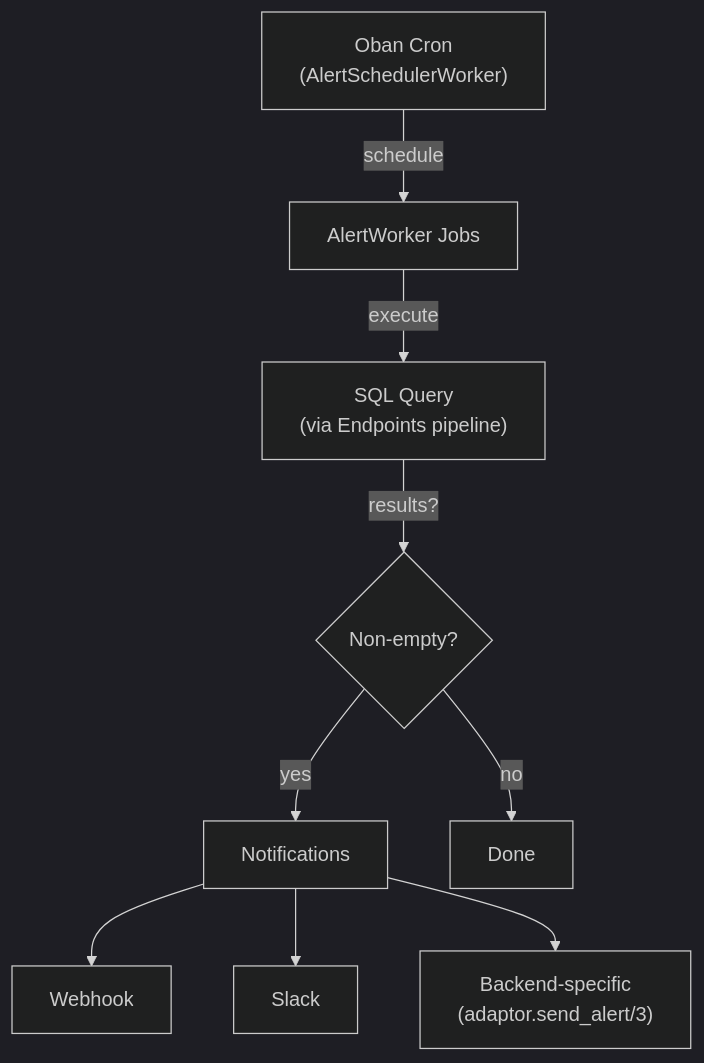
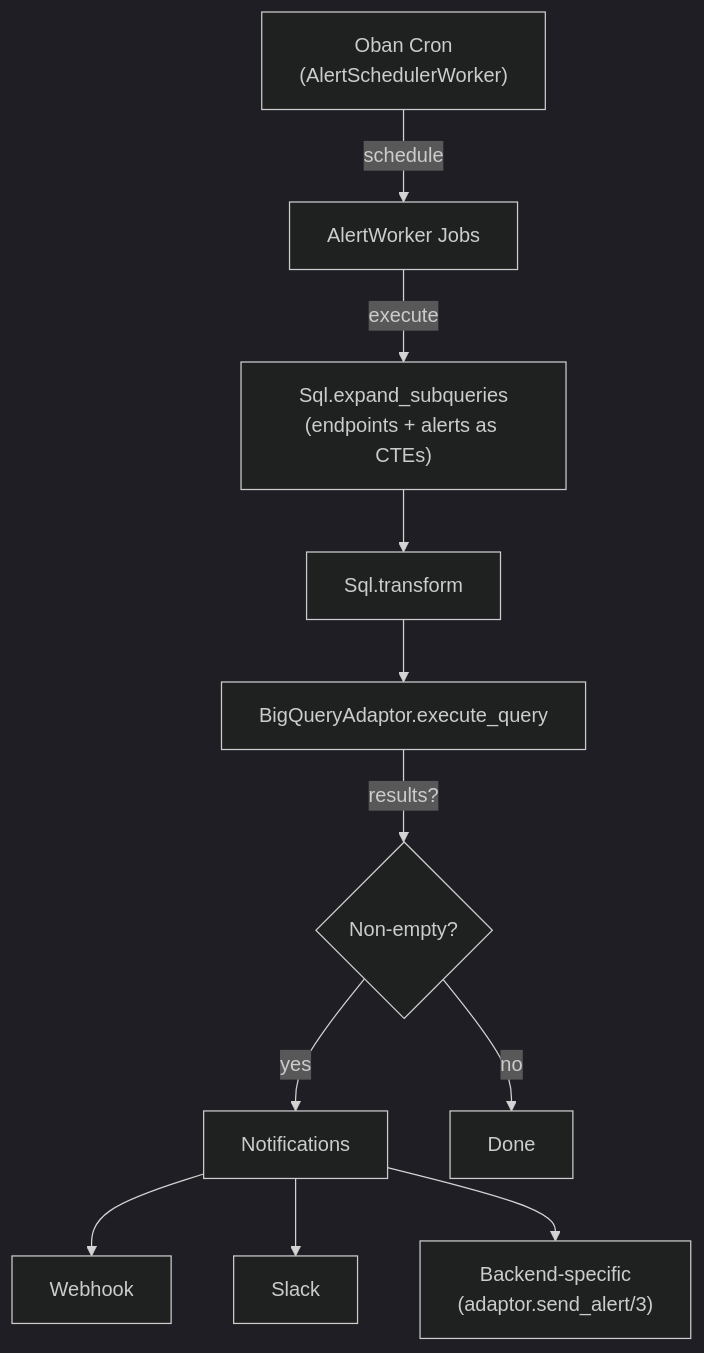
The diagram in docs/query/alerting.md (djwhitt/logflare), drawn with Mermaid (dark theme) before and after one commit. The commit also changed other lines of this file and 3 other files, not shown here.

````diff
--- a/docs/query/alerting.md
+++ b/docs/query/alerting.md
@@ -5,11 +5,13 @@
 ```mermaid
 flowchart TB
     CRON["Oban Cron<br/>(AlertSchedulerWorker)"] -->|"schedule"| JOBS["AlertWorker Jobs"]
-    JOBS -->|"execute"| QUERY["SQL Query<br/>(via Endpoints pipeline)"]
-    QUERY -->|"results?"| CHECK{"Non-empty?"}
+    JOBS -->|"execute"| EXP["Sql.expand_subqueries<br/>(endpoints + alerts as CTEs)"]
+    EXP --> TX["Sql.transform"]
+    TX --> EXEC["BigQueryAdaptor.execute_query"]
+    EXEC -->|"results?"| CHECK{"Non-empty?"}
     CHECK -->|"yes"| NOTIFY["Notifications"]
     CHECK -->|"no"| DONE["Done"]
     NOTIFY --> WH["Webhook"]
     NOTIFY --> SL["Slack"]
     NOTIFY --> BA["Backend-specific<br/>(adaptor.send_alert/3)"]
 ```
````
